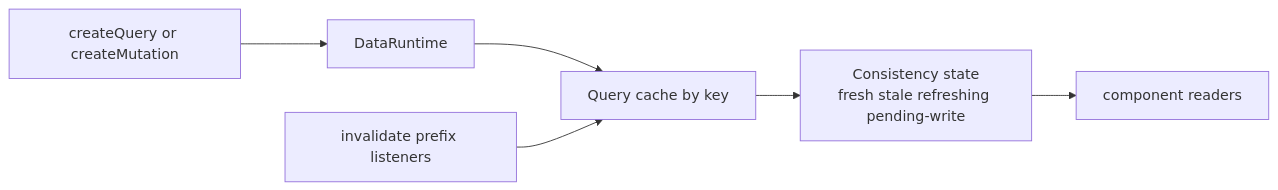
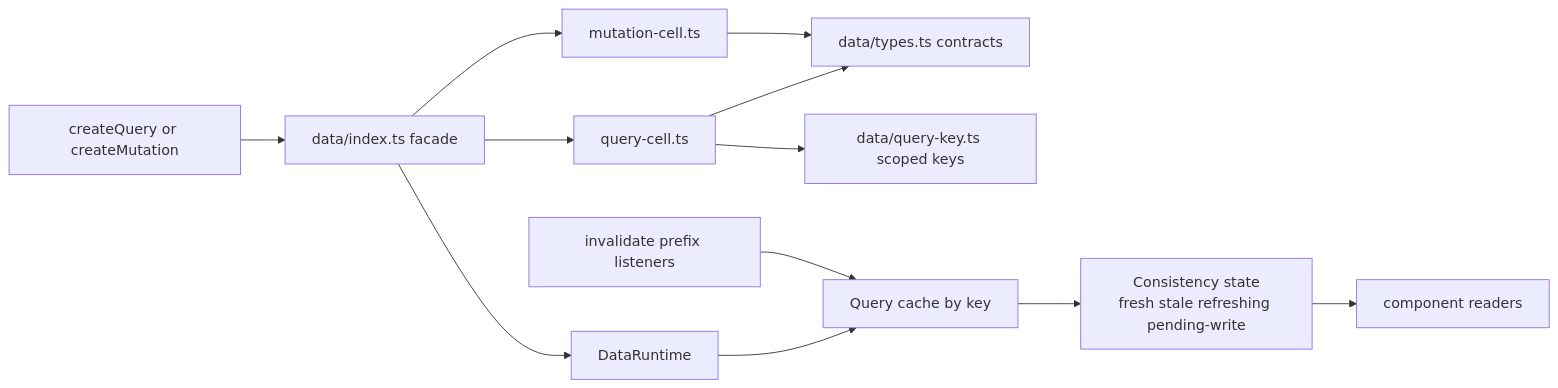
One commit to askrjs/askr changed the seventh of 7 diagrams in docs/internals/runtime-reactivity.md. Above: the diagram before and after it, drawn with Mermaid. The commit also changed other lines of this file and 154 other files, not shown here.

First line of the commit message:
Add direct audit coverage for architecture cleanup (#54)

````diff
--- a/docs/internals/runtime-reactivity.md
+++ b/docs/internals/runtime-reactivity.md
@@ -136,15 +198,26 @@
 ```mermaid
 flowchart LR
   queryCall[createQuery or createMutation]
+  dataTypes[data/types.ts contracts]
+  queryKey[data/query-key.ts scoped keys]
+  facade[data/index.ts facade]
   dataRuntime[DataRuntime]
+  queryCell[query-cell.ts]
+  mutationCell[mutation-cell.ts]
   cache[Query cache by key]
   consistency[Consistency state<br/>fresh stale refreshing pending-write]
   invalidate[invalidate prefix listeners]
   readers[component readers]
 
-  queryCall --> dataRuntime
+  queryCall --> facade
+  facade --> queryCell
+  facade --> mutationCell
+  facade --> dataRuntime
+  queryCell --> dataTypes
+  queryCell --> queryKey
+  mutationCell --> dataTypes
   dataRuntime --> cache
   cache --> consistency
   invalidate --> cache
   consistency --> readers
 ```
````
